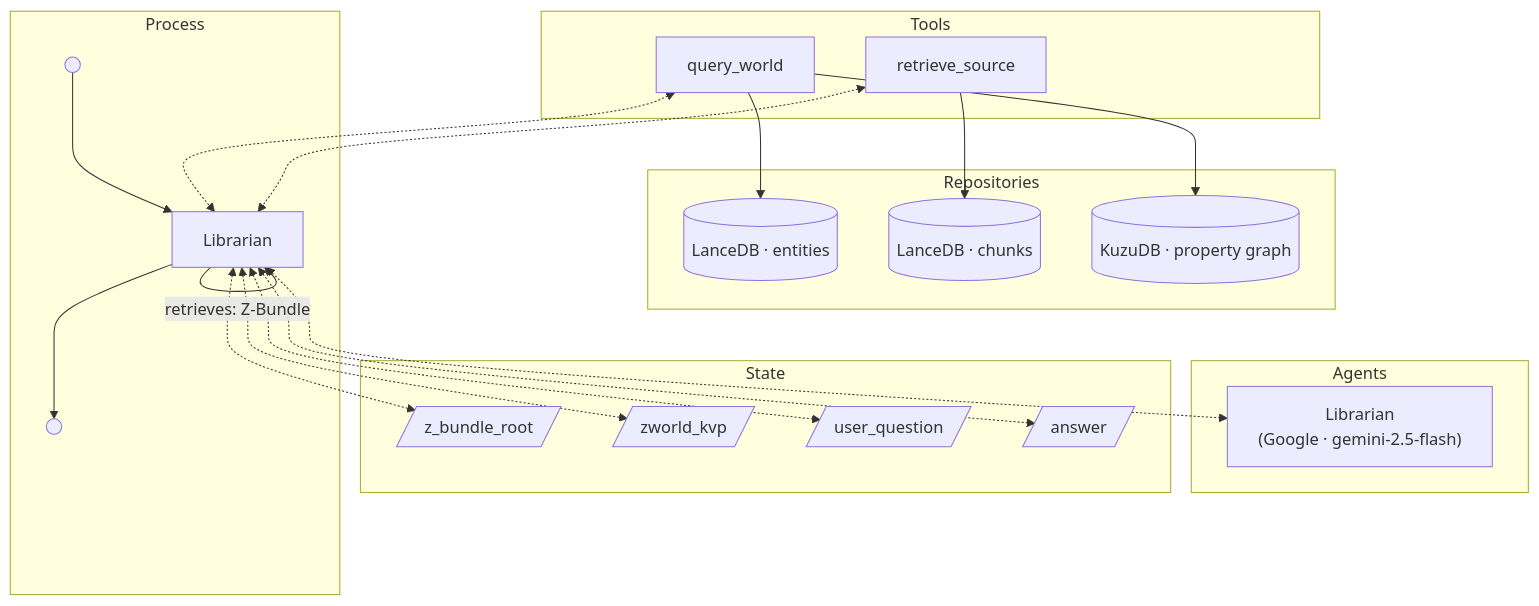
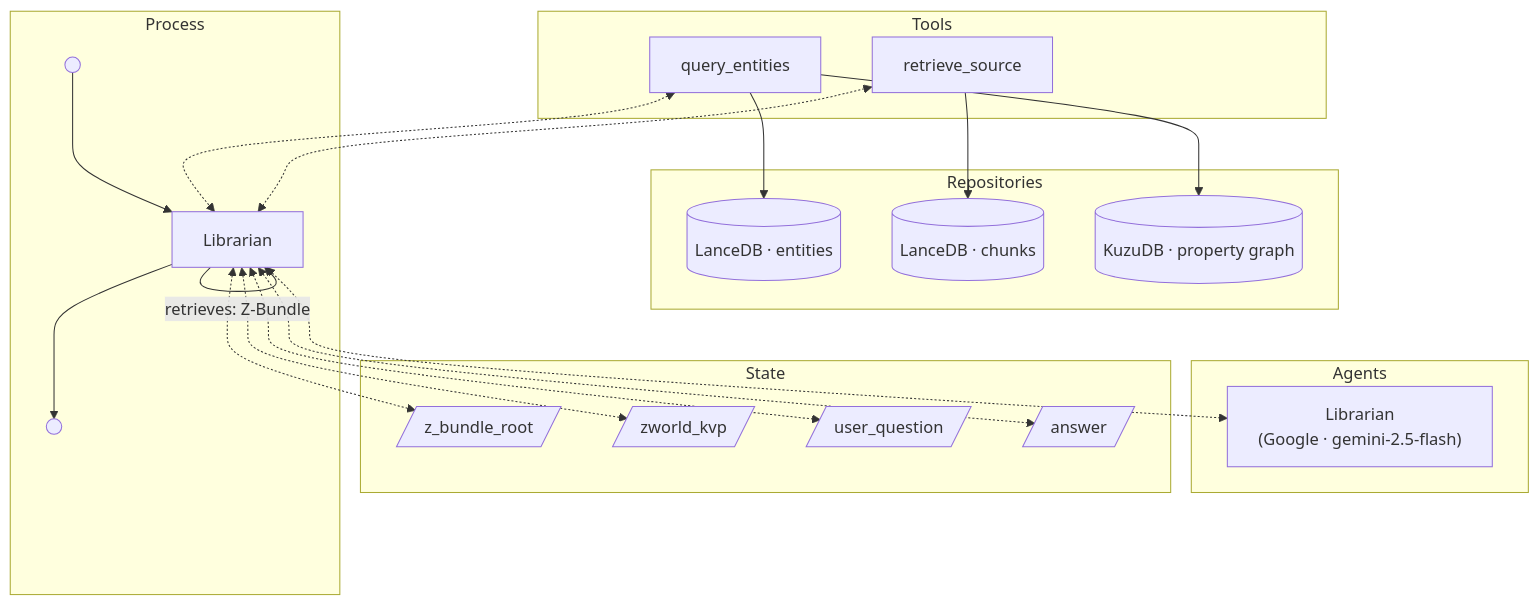
Before and after one commit to peterbaileyct/zforge: the diagram in docs/Ask About World.md, drawn with Mermaid. The commit also changed other lines of this file and 12 other files, not shown here.

````diff
--- a/docs/Ask About World.md
+++ b/docs/Ask About World.md
@@ -4,39 +4,39 @@
 ```mermaid
 flowchart TD
     subgraph Agents
         A_librarian["Librarian\n(Google · gemini-2.5-flash)"]
     end
 
     subgraph State
         S_z_bundle_root[/"z_bundle_root"/]
         S_zworld_kvp[/"zworld_kvp"/]
         S_user_question[/"user_question"/]
         S_answer[/"answer"/]
     end
 
     subgraph Repositories
         R_entities[(LanceDB · entities)]
         R_chunks[(LanceDB · chunks)]
         R_graph[(KuzuDB · property graph)]
     end
 
     subgraph Tools
-        T_query_world[query_world] --> R_entities
-        T_query_world --> R_graph
+        T_query_entities[query_entities] --> R_entities
+        T_query_entities --> R_graph
         T_retrieve_source[retrieve_source] --> R_chunks
     end
 
     subgraph Process
         P_start(( )) --> P_librarian[Librarian]
         P_librarian -->|"retrieves: Z-Bundle"| P_librarian
         P_librarian --> P_stop(( ))
     end
 
     P_librarian <-.-> A_librarian
     P_librarian <-.-> S_z_bundle_root
     P_librarian <-.-> S_zworld_kvp
     P_librarian <-.-> S_user_question
     P_librarian <-.-> S_answer
-    T_query_world <-.-> P_librarian
+    T_query_entities <-.-> P_librarian
     T_retrieve_source <-.-> P_librarian
 ```
````
